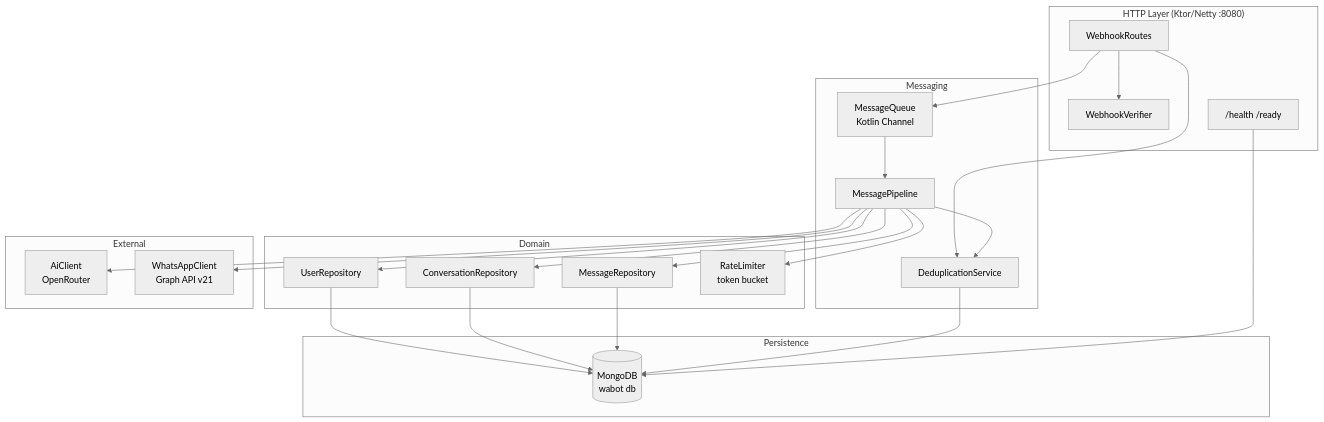
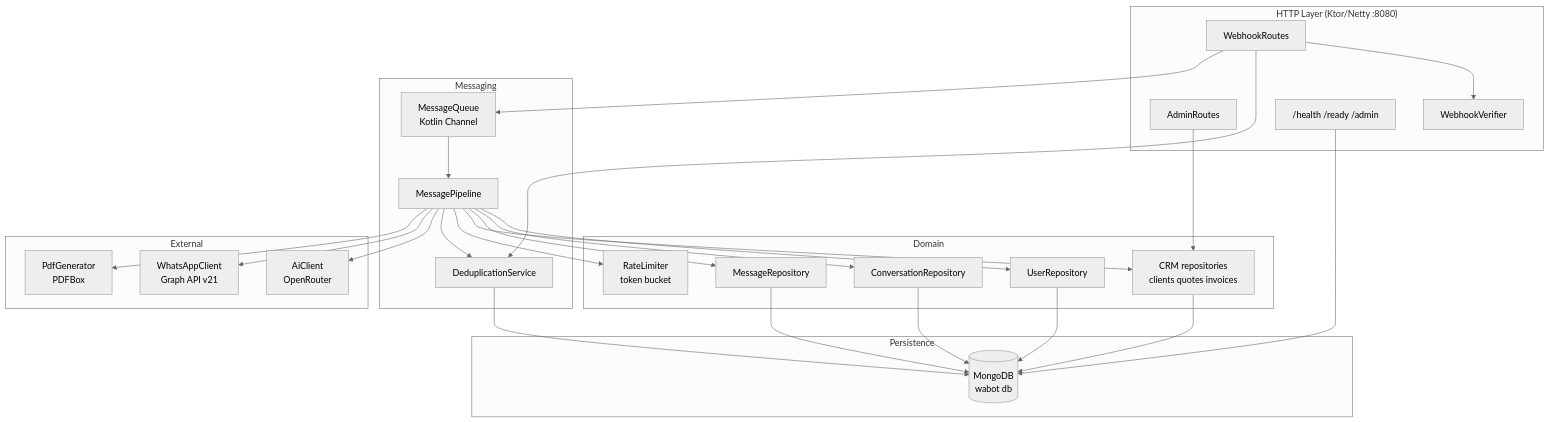
Before and after one commit to rfm-9300/rfm-edubot: the second of 2 diagrams in docs/architecture.md, drawn with Mermaid (neutral theme). The commit also changed other lines of this file and 34 other files, not shown here.

````diff
--- a/docs/architecture.md
+++ b/docs/architecture.md
@@ -41,40 +53,45 @@
 ```mermaid
 graph TD
     subgraph HTTP["HTTP Layer (Ktor/Netty :8080)"]
         WR[WebhookRoutes]
+        AR[AdminRoutes]
         WV[WebhookVerifier]
-        Health["/health  /ready"]
+        Health["/health  /ready  /admin"]
     end
 
     subgraph Messaging
         MQ[MessageQueue<br/>Kotlin Channel]
         MP[MessagePipeline]
         DS[DeduplicationService]
     end
 
     subgraph Domain
         UR[UserRepository]
         CR[ConversationRepository]
         MR[MessageRepository]
+        CRM[CRM repositories<br/>clients quotes invoices]
         RL[RateLimiter<br/>token bucket]
     end
 
     subgraph External
         AI[AiClient<br/>OpenRouter]
         WC[WhatsAppClient<br/>Graph API v21]
+        PDF[PdfGenerator<br/>PDFBox]
     end
 
     subgraph Persistence
         Mongo[(MongoDB<br/>wabot db)]
     end
 
     WR --> WV
     WR --> DS
     WR --> MQ
     MQ --> MP
-    MP --> UR & CR & MR & RL & DS
+    MP --> UR & CR & MR & CRM & RL & DS
     MP --> AI
     MP --> WC
-    UR & CR & MR & DS --> Mongo
+    MP --> PDF
+    AR --> CRM
+    UR & CR & MR & CRM & DS --> Mongo
     Health --> Mongo
 ```
````
